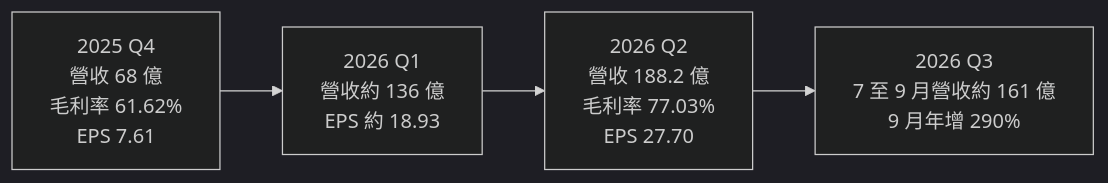
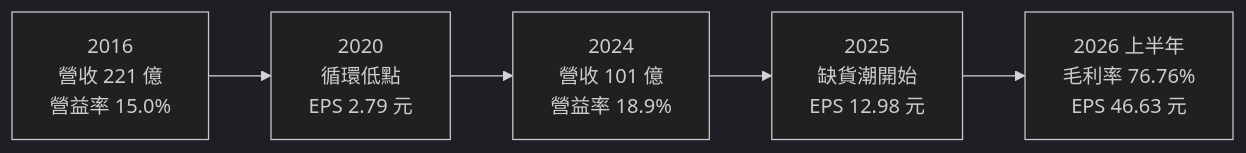
One commit to wangnick1004/taiwan-stock-vault changed the third of 4 diagrams in 個股/台股/2451創見.md. Above: the diagram before and after it, drawn with Mermaid (dark theme). The commit also changed other lines of this file and 19 other files, not shown here.

````diff
--- a/個股/台股/2451創見.md
+++ b/個股/台股/2451創見.md
@@ -131,4 +137,4 @@
 ```mermaid
 flowchart LR
-    Q1["2025 Q4<br/>營收 68 億<br/>毛利率 61.62%<br/>EPS 7.61"] --> Q2["2026 Q1<br/>營收約 136 億<br/>EPS 約 18.93"] --> Q3["2026 Q2<br/>營收 188.2 億<br/>毛利率 77.03%<br/>EPS 27.70"] --> Q4["2026 Q3<br/>7 至 9 月營收約 161 億<br/>9 月年增 290%"]
+    Y16["2016<br/>營收 221 億<br/>營益率 15.0%"] --> Y20["2020<br/>循環低點<br/>EPS 2.79 元"] --> Y24["2024<br/>營收 101 億<br/>營益率 18.9%"] --> Y25["2025<br/>缺貨潮開始<br/>EPS 12.98 元"] --> H26["2026 上半年<br/>毛利率 76.76%<br/>EPS 46.63 元"]
 ```
````
